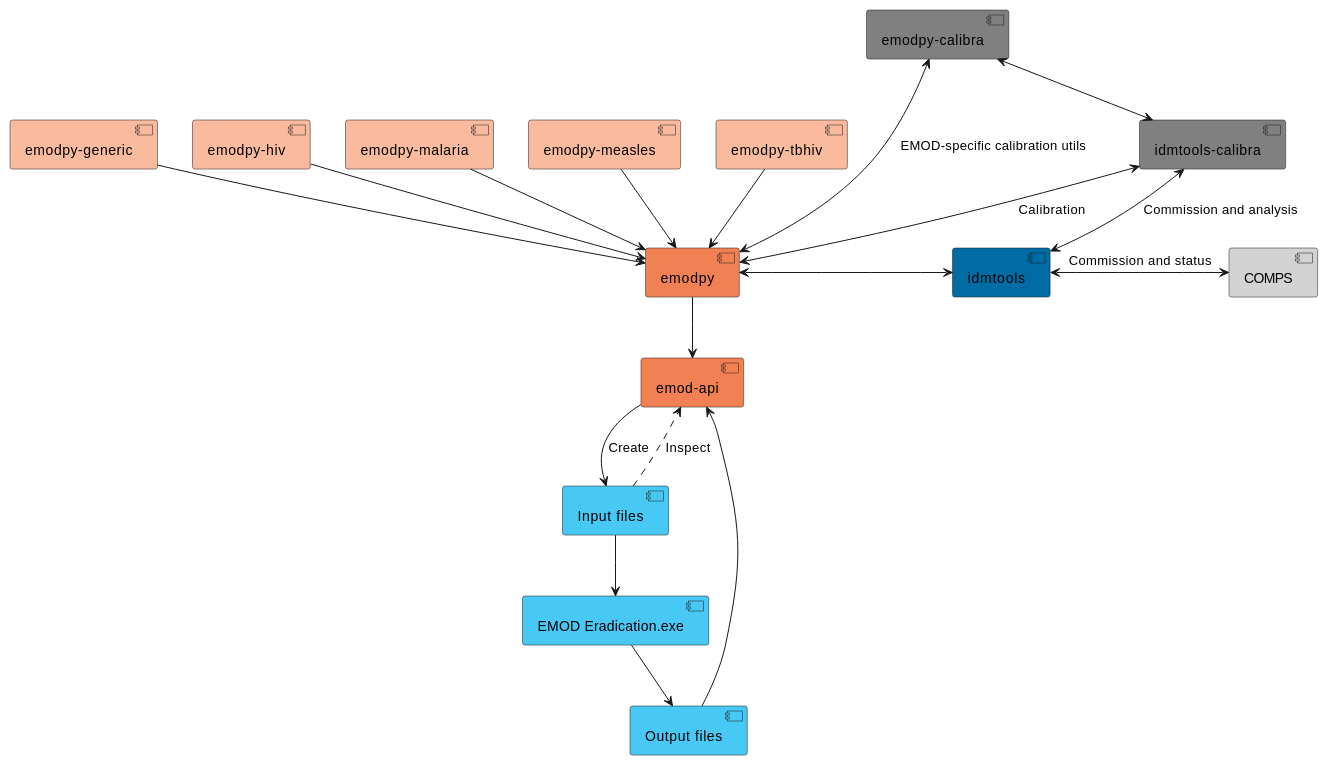
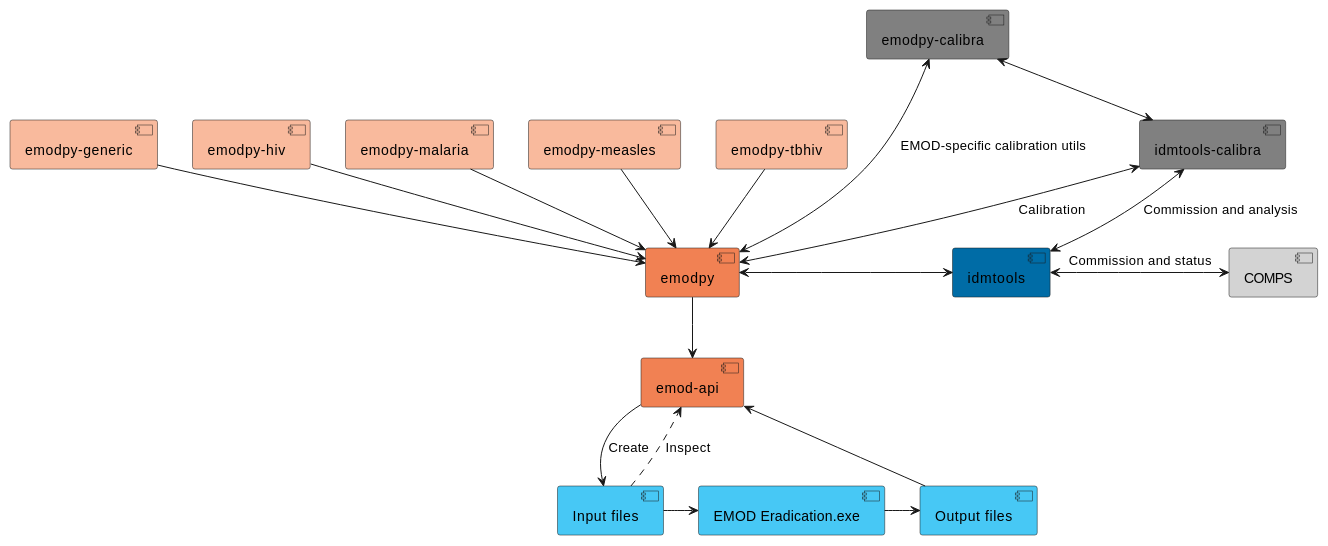
Before and after one commit to shchen-idmod/idmtools-1: the diagram in index.rst, drawn with PlantUML.

Commit message:
updated plantuml architecture diagram to show inputs and outputs of EMOD in a row

```diff
--- a/index.rst
+++ b/index.rst
@@ -37,58 +37,57 @@
 .. uml::
 
    hide stereotype
    skinparam component {
      BackgroundColor<<emodpy-disease>> F9BA9D
      BackgroundColor<<idmtools>> 006CA6
      BackgroundColor<<calibration>> gray
      BackgroundColor<<emodpy-core>> F18153
      BackgroundColor<<COMPS>> lightgray
      BackgroundColor<<EMOD>> 47C8F5
    }
-
 
 
    [emodpy-generic] <<emodpy-disease>>
    [emodpy-generic] --> [emodpy]
 
    [emodpy-hiv] <<emodpy-disease>>
    [emodpy-hiv] --> [emodpy]
 
    [emodpy-malaria] <<emodpy-disease>>
    [emodpy-malaria] --> [emodpy]
 
    [emodpy-measles] <<emodpy-disease>>
    [emodpy-measles] --> [emodpy]
 
    [emodpy-tbhiv] <<emodpy-disease>>
    [emodpy-tbhiv] --> [emodpy]
 
 
    [emodpy] <<emodpy-core>>
    [emod-api] <<emodpy-core>>
    [emodpy] --> [emod-api]
 
    [emodpy] <-> [idmtools]
 
    [idmtools] <<idmtools>>
    [COMPS] <<COMPS>>
    [idmtools] <-> [COMPS] : Commission and status
 
    [idmtools-calibra] <<calibration>>
    [idmtools-calibra] <--> [idmtools] : Commission and analysis
    [idmtools-calibra] <--> [emodpy] : Calibration
 
    [emodpy-calibra] <<calibration>>
    [emodpy-calibra] <--> [emodpy]: EMOD-specific calibration utils
    [emodpy-calibra] <--> [idmtools-calibra]
    [Input files] <<EMOD>>
    [emod-api] --> [Input files] : Create
 
    [Input files] ..> [emod-api] : Inspect
 
    [EMOD Eradication.exe] <<EMOD>>
-   [Input files] --> [EMOD Eradication.exe]
+   [Input files] -> [EMOD Eradication.exe]
 
    [Output files] <<EMOD>>
-   [EMOD Eradication.exe] --> [Output files]
+   [EMOD Eradication.exe] -> [Output files]
    [Output files] --> [emod-api]
```
